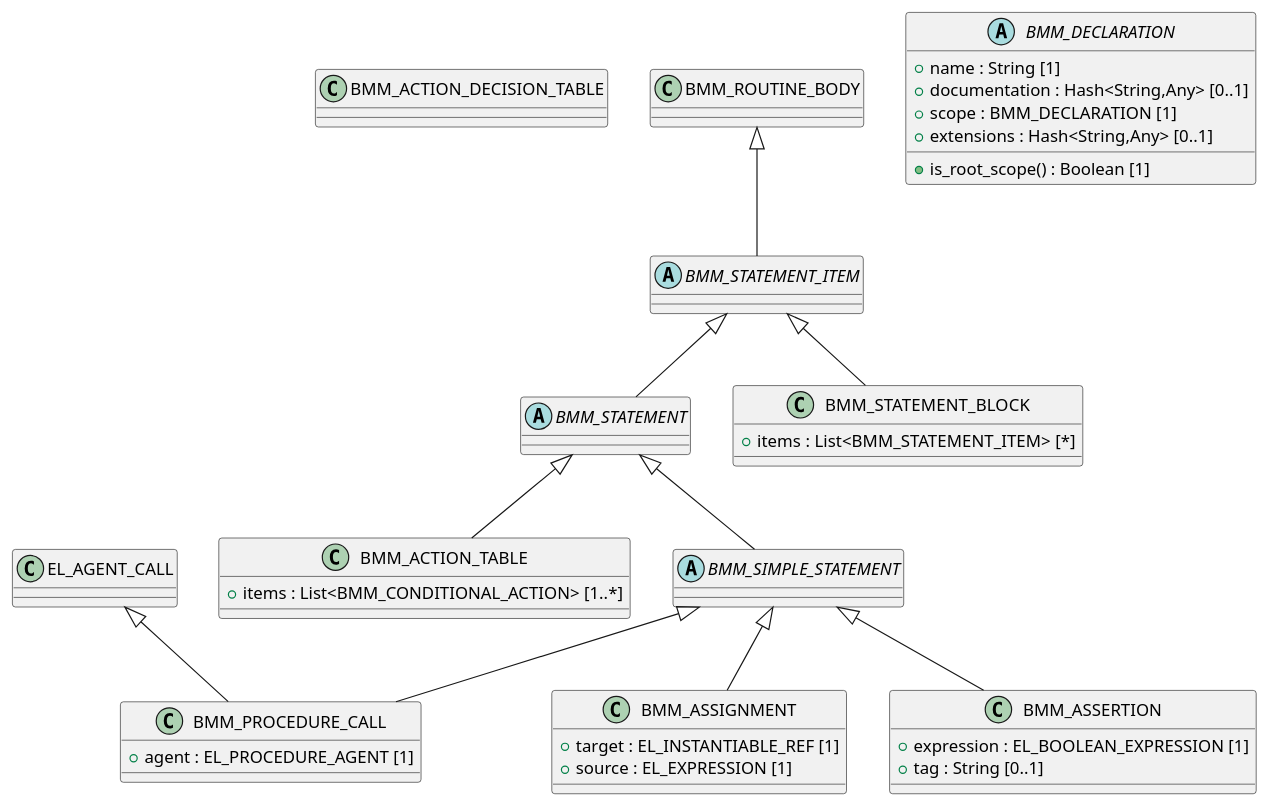
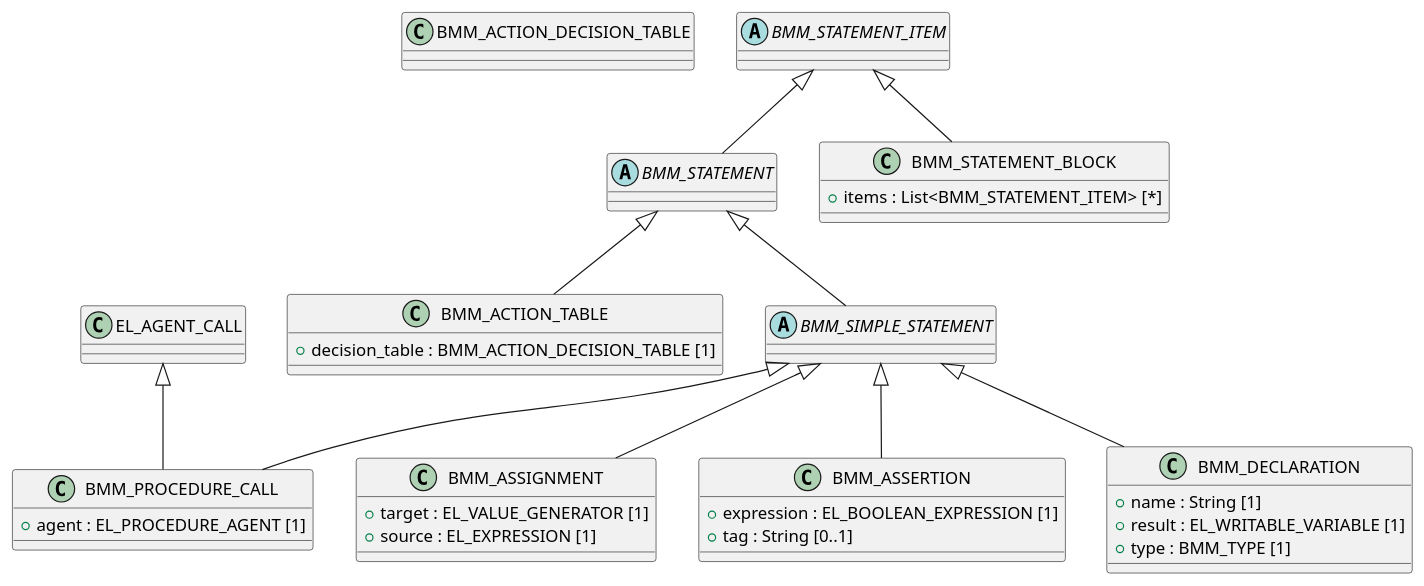
Before and after one commit to sebastian-iancu/code-generator: the diagram in code/Adoc/openehr_lang_1.1.0/plantUML/packages/org.openehr.lang.bmm.statement.adoc, drawn with PlantUML. The commit also changed 719 other files, not shown here.

```diff
--- a/code/Adoc/openehr_lang_1.1.0/plantUML/packages/org.openehr.lang.bmm.statement.adoc
+++ b/code/Adoc/openehr_lang_1.1.0/plantUML/packages/org.openehr.lang.bmm.statement.adoc
@@ -1,58 +1,56 @@
 [plantuml,statement,format=svg,svg-type="inline"]
 -----
 @startuml
 
 class BMM_ACTION_DECISION_TABLE {
 }
 
 class BMM_ACTION_TABLE {
-  + items : List<BMM_CONDITIONAL_ACTION> [1..*]
+  + decision_table : BMM_ACTION_DECISION_TABLE [1]
 }
 
 class BMM_ASSIGNMENT {
-  + target : EL_INSTANTIABLE_REF [1]
+  + target : EL_VALUE_GENERATOR [1]
   + source : EL_EXPRESSION [1]
 }
 
 class BMM_ASSERTION {
   + expression : EL_BOOLEAN_EXPRESSION [1]
   + tag : String [0..1]
 }
 
 class BMM_PROCEDURE_CALL {
   + agent : EL_PROCEDURE_AGENT [1]
 }
 
 abstract class BMM_STATEMENT_ITEM {
 }
 
 abstract class BMM_STATEMENT {
 }
 
 class BMM_STATEMENT_BLOCK {
   + items : List<BMM_STATEMENT_ITEM> [*]
 }
 
 abstract class BMM_SIMPLE_STATEMENT {
 }
 
-abstract class BMM_DECLARATION {
+class BMM_DECLARATION {
   + name : String [1]
-  + documentation : Hash<String,Any> [0..1]
-  + scope : BMM_DECLARATION [1]
-  + extensions : Hash<String,Any> [0..1]
-  + is_root_scope() : Boolean [1]
+  + result : EL_WRITABLE_VARIABLE [1]
+  + type : BMM_TYPE [1]
 }
 
 BMM_STATEMENT <|-- BMM_ACTION_TABLE
 BMM_SIMPLE_STATEMENT <|-- BMM_ASSIGNMENT
 BMM_SIMPLE_STATEMENT <|-- BMM_ASSERTION
 EL_AGENT_CALL <|-- BMM_PROCEDURE_CALL
 BMM_SIMPLE_STATEMENT <|-- BMM_PROCEDURE_CALL
-BMM_ROUTINE_BODY <|-- BMM_STATEMENT_ITEM
 BMM_STATEMENT_ITEM <|-- BMM_STATEMENT
 BMM_STATEMENT_ITEM <|-- BMM_STATEMENT_BLOCK
 BMM_STATEMENT <|-- BMM_SIMPLE_STATEMENT
+BMM_SIMPLE_STATEMENT <|-- BMM_DECLARATION
 
 @enduml
 -----
```
